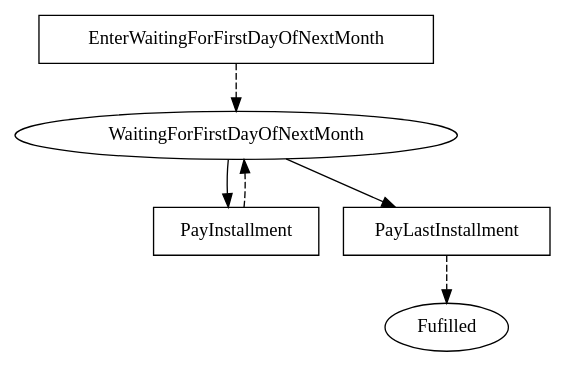
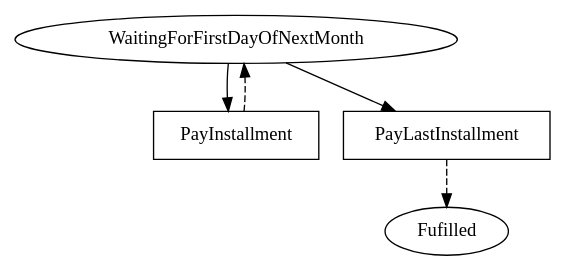
One commit to Marcao02/complaw-deeptech changed the diagram in linear_state_machine_language/pyL4/examples_graphviz_gen/from_academic_lit/hvitved_instalment_sale--simplified_time.dot. Above: the diagram before and after it, drawn with Graphviz. The commit also changed 11 other files, not shown here.

```diff
--- a/linear_state_machine_language/pyL4/examples_graphviz_gen/from_academic_lit/hvitved_instalment_sale--simplified_time.dot
+++ b/linear_state_machine_language/pyL4/examples_graphviz_gen/from_academic_lit/hvitved_instalment_sale--simplified_time.dot
@@ -1,20 +1,18 @@
 // THIS IS A GENERATED FILE. DO NOT EDIT.
 
 digraph Instalment_Sale_Hvitved {    
     Fulfilled[label=Fufilled];
     WaitingForFirstDayOfNextMonth[label=WaitingForFirstDayOfNextMonth]
     
      
-    EnterWaitingForFirstDayOfNextMonth[label=EnterWaitingForFirstDayOfNextMonth,shape=box];
-	PayInstallment[label=PayInstallment,shape=box];
+    PayInstallment[label=PayInstallment,shape=box];
 	PayLastInstallment[label=PayLastInstallment,shape=box]    
     
     
     
     WaitingForFirstDayOfNextMonth -> PayInstallment;
 	WaitingForFirstDayOfNextMonth -> PayLastInstallment
     
-    EnterWaitingForFirstDayOfNextMonth -> WaitingForFirstDayOfNextMonth [style=dashed];
-	PayInstallment -> WaitingForFirstDayOfNextMonth [style=dashed];
+    PayInstallment -> WaitingForFirstDayOfNextMonth [style=dashed];
 	PayLastInstallment -> Fulfilled [style=dashed]        
 }
```
